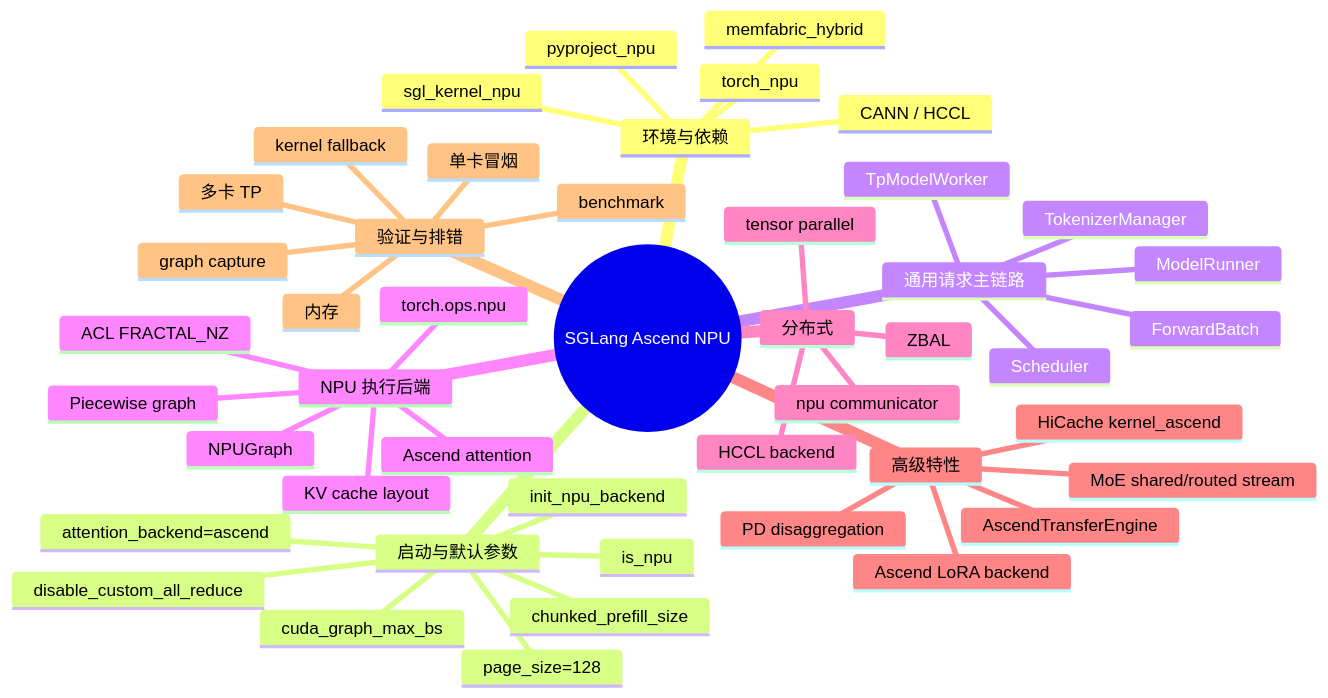
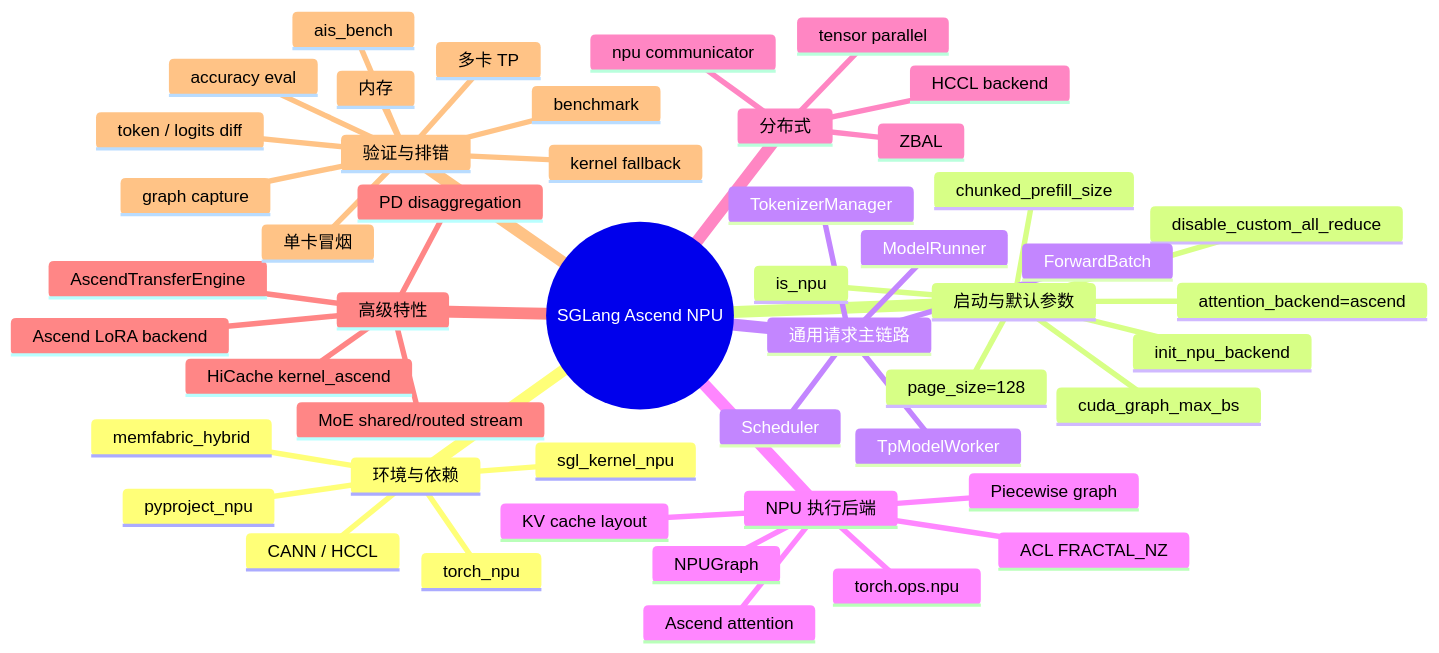
One commit to cl-vv-h/SGLang_Tutor changed the second of 7 diagrams in learning/sglang-ascend-npu/README.md. Above: the diagram before and after it, drawn with Mermaid. The commit also changed other lines of this file and 1 other file, not shown here.

Commit message:
docs: add NPU accuracy and performance testing guide

````diff
--- a/learning/sglang-ascend-npu/README.md
+++ b/learning/sglang-ascend-npu/README.md
@@ -34,49 +35,52 @@
 ```mermaid
 mindmap
   root((SGLang Ascend NPU))
     环境与依赖
       pyproject_npu
       torch_npu
       sgl_kernel_npu
       CANN / HCCL
       memfabric_hybrid
     启动与默认参数
       is_npu
       init_npu_backend
       attention_backend=ascend
       page_size=128
       chunked_prefill_size
       cuda_graph_max_bs
       disable_custom_all_reduce
     通用请求主链路
       TokenizerManager
       Scheduler
       TpModelWorker
       ModelRunner
       ForwardBatch
     NPU 执行后端
       Ascend attention
       torch.ops.npu
       KV cache layout
       ACL FRACTAL_NZ
       NPUGraph
       Piecewise graph
     分布式
       tensor parallel
       HCCL backend
       npu communicator
       ZBAL
     高级特性
       PD disaggregation
       AscendTransferEngine
       HiCache kernel_ascend
       Ascend LoRA backend
       MoE shared/routed stream
     验证与排错
       单卡冒烟
       多卡 TP
       benchmark
+      accuracy eval
+      ais_bench
+      token / logits diff
       内存
       graph capture
       kernel fallback
 ```
````
